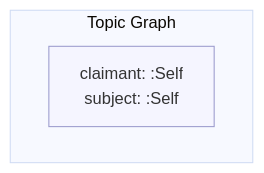
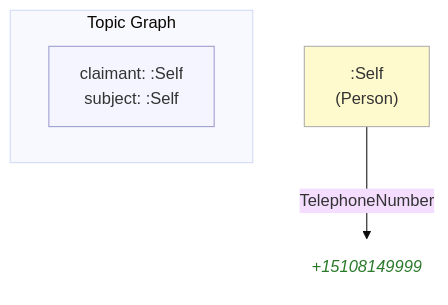
The diagram in example/topics/images/self.self(ATT)(companies)(11).mmd (MeeFoundation/mia-ontologies), drawn with Mermaid (base theme) before and after one commit. The commit also changed 50 other files, not shown here.

```diff
--- a/example/topics/images/self.self(ATT)(companies)(11).mmd
+++ b/example/topics/images/self.self(ATT)(companies)(11).mmd
@@ -1,11 +1,16 @@
 flowchart TD
     classDef person fill:#fffacd,stroke:#aaa,color:#333
     classDef grp    fill:#d4edda,stroke:#aaa,color:#333
     classDef org    fill:#cce5ff,stroke:#aaa,color:#333
     classDef lit    fill:none,stroke:none,font-style:italic,color:#2a7a2a
     classDef meta   fill:#f5f5ff,stroke:#9999cc,color:#333
 
     subgraph ctx["Topic Graph"]
         direction LR
         ctx_meta["claimant: :Self\nsubject: :Self"]:::meta
     end
+
+    ne0c3ba92f1db[":Self\n(Person)"]:::person
+    nbf4bb8898358("+15108149999"):::lit
+
+    ne0c3ba92f1db -->|"TelephoneNumber"| nbf4bb8898358
```
